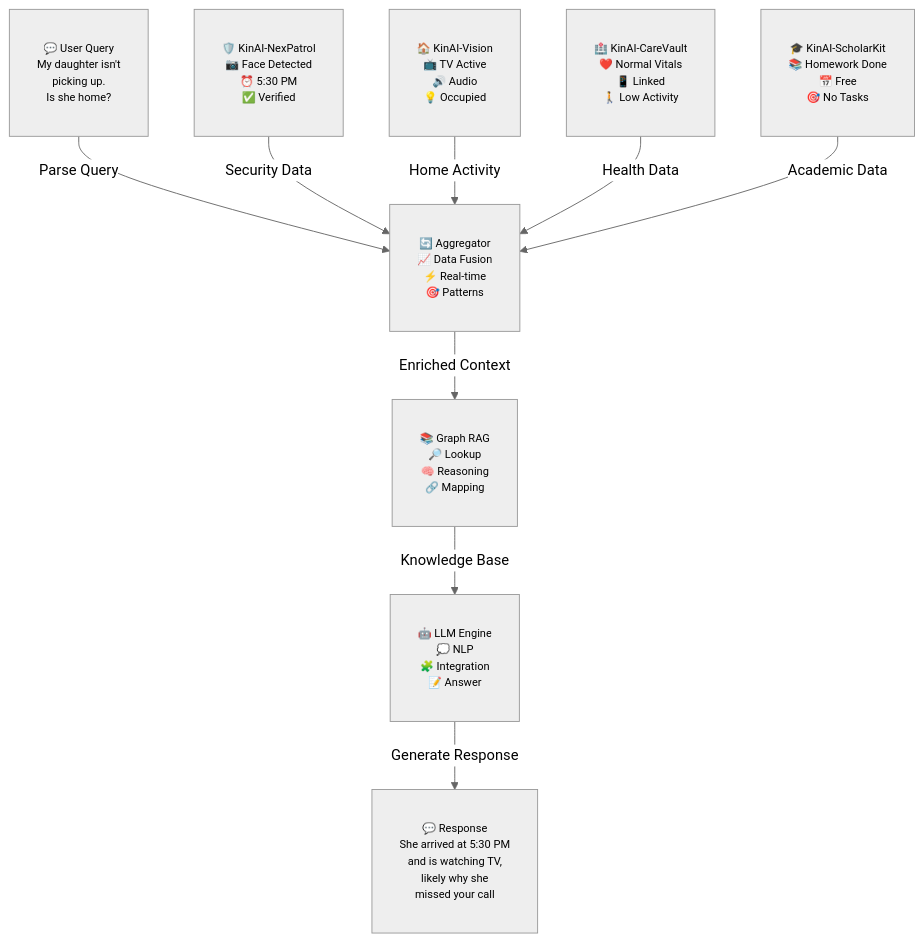
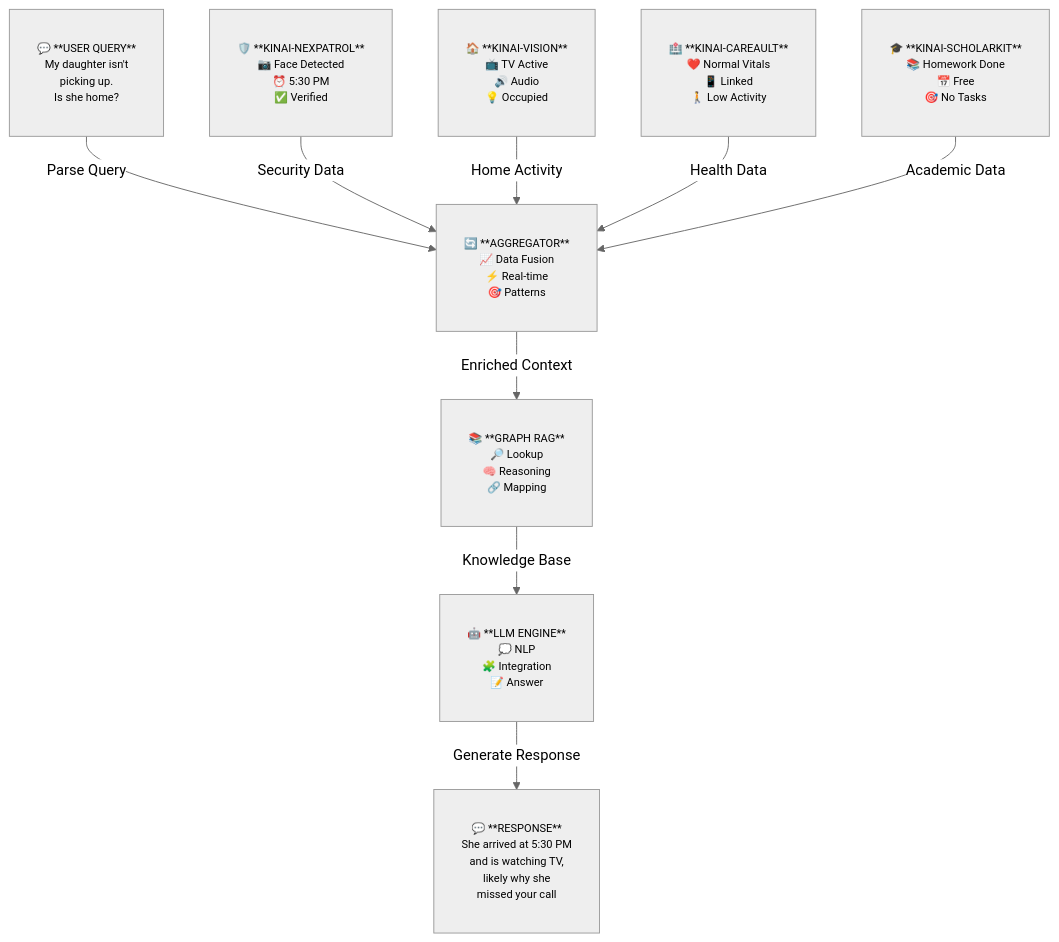
One commit to Logulokesh/KinAI-Ecosystem changed the second of 7 diagrams in README.md. Above: the diagram before and after it, drawn with Mermaid (neutral theme).

````diff
--- a/README.md
+++ b/README.md
@@ -156,35 +156,34 @@
 ```mermaid
 graph TD
     %% Top: Natural Language Query
-    QUERY["💬 User Query<br/>My daughter isn't<br/>picking up.<br/>Is she home?"]
+    QUERY["💬 **USER QUERY**<br/>My daughter isn't<br/>picking up.<br/>Is she home?"]
 
     %% Second Level: Data Sources
-    NEXPATROL["🛡️ KinAI-NexPatrol<br/>📷 Face Detected<br/>⏰ 5:30 PM<br/>✅ Verified"]
-    VISION["🏠 KinAI-Vision<br/>📺 TV Active<br/>🔊 Audio<br/>💡 Occupied"]
-    CAREVAULT["🏥 KinAI-CareVault<br/>❤️ Normal Vitals<br/>📱 Linked<br/>🚶 Low Activity"]
-    SCHOLARKIT["🎓 KinAI-ScholarKit<br/>📚 Homework Done<br/>📅 Free<br/>🎯 No Tasks"]
+    NEXPATROL["🛡️ **KINAI-NEXPATROL**<br/>📷 Face Detected<br/>⏰ 5:30 PM<br/>✅ Verified"]
+    VISION["🏠 **KINAI-VISION**<br/>📺 TV Active<br/>🔊 Audio<br/>💡 Occupied"]
+    CAREVAULT["🏥 **KINAI-CAREAULT**<br/>❤️ Normal Vitals<br/>📱 Linked<br/>🚶 Low Activity"]
+    SCHOLARKIT["🎓 **KINAI-SCHOLARKIT**<br/>📚 Homework Done<br/>📅 Free<br/>🎯 No Tasks"]
 
     %% Third Level: AI Processing
-    CONTEXT["🔄 Aggregator<br/>📈 Data Fusion<br/>⚡ Real-time<br/>🎯 Patterns"]
-    RAG["📚 Graph RAG<br/>🔎 Lookup<br/>🧠 Reasoning<br/>🔗 Mapping"]
-    LLM["🤖 LLM Engine<br/>💭 NLP<br/>🧩 Integration<br/>📝 Answer"]
+    CONTEXT["🔄 **AGGREGATOR**<br/>📈 Data Fusion<br/>⚡ Real-time<br/>🎯 Patterns"]
+    RAG["📚 **GRAPH RAG**<br/>🔎 Lookup<br/>🧠 Reasoning<br/>🔗 Mapping"]
+    LLM["🤖 **LLM ENGINE**<br/>💭 NLP<br/>🧩 Integration<br/>📝 Answer"]
 
     %% Bottom: Response
-    RESPONSE["💬 Response<br/>She arrived at 5:30 PM<br/>and is watching TV,<br/>likely why she<br/>missed your call"]
+    RESPONSE["💬 **RESPONSE**<br/>She arrived at 5:30 PM<br/>and is watching TV,<br/>likely why she<br/>missed your call"]
 
- %% Flow Connections
+    %% Flow Connections
     QUERY -->|"Parse Query"| CONTEXT
     NEXPATROL -->|"Security Data"| CONTEXT
     VISION -->|"Home Activity"| CONTEXT
     CAREVAULT -->|"Health Data"| CONTEXT
     SCHOLARKIT -->|"Academic Data"| CONTEXT
     CONTEXT -->|"Enriched Context"| RAG
     RAG -->|"Knowledge Base"| LLM
     LLM -->|"Generate Response"| RESPONSE
 
-
-
-    %% CSS to prevent text cutoff
+    %% Node style
     classDef nodeStyle padding:10px, font-size:12px, text-align:center, white-space:pre-wrap;
     class QUERY,NEXPATROL,VISION,CAREVAULT,SCHOLARKIT,CONTEXT,RAG,LLM,RESPONSE nodeStyle;
+
 ```
````
